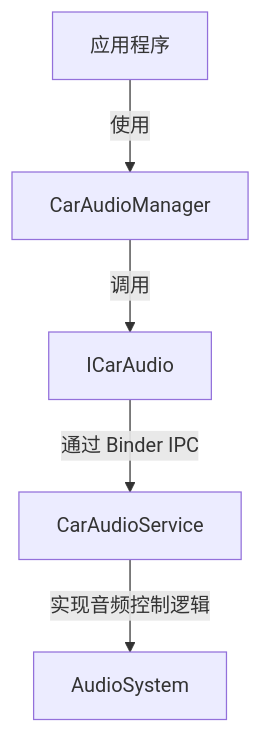
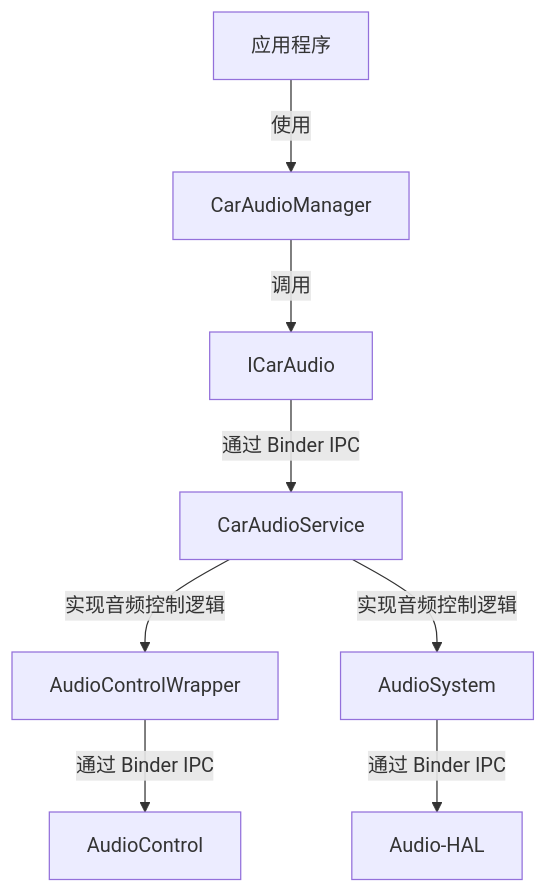
The diagram in _posts/2024-09-06-Android13添加CarAudioManager接口.md (wt159/wt159.github.io), drawn with Mermaid before and after one commit.

Commit message:
fix audio control

````diff
--- a/_posts/2024-09-06-Android13添加CarAudioManager接口.md
+++ b/_posts/2024-09-06-Android13添加CarAudioManager接口.md
@@ -24,7 +24,10 @@
 ```mermaid
 graph TD;
     App[应用程序] -->|使用| CarAudioManager;
     CarAudioManager -->|调用| ICarAudio;
     ICarAudio -->|通过 Binder IPC| CarAudioService;
+    CarAudioService -->|实现音频控制逻辑| AudioControlWrapper;
     CarAudioService -->|实现音频控制逻辑| AudioSystem;
+    AudioControlWrapper -->|通过 Binder IPC| AudioControl;
+    AudioSystem -->|通过 Binder IPC| Audio-HAL;
 ```
````
